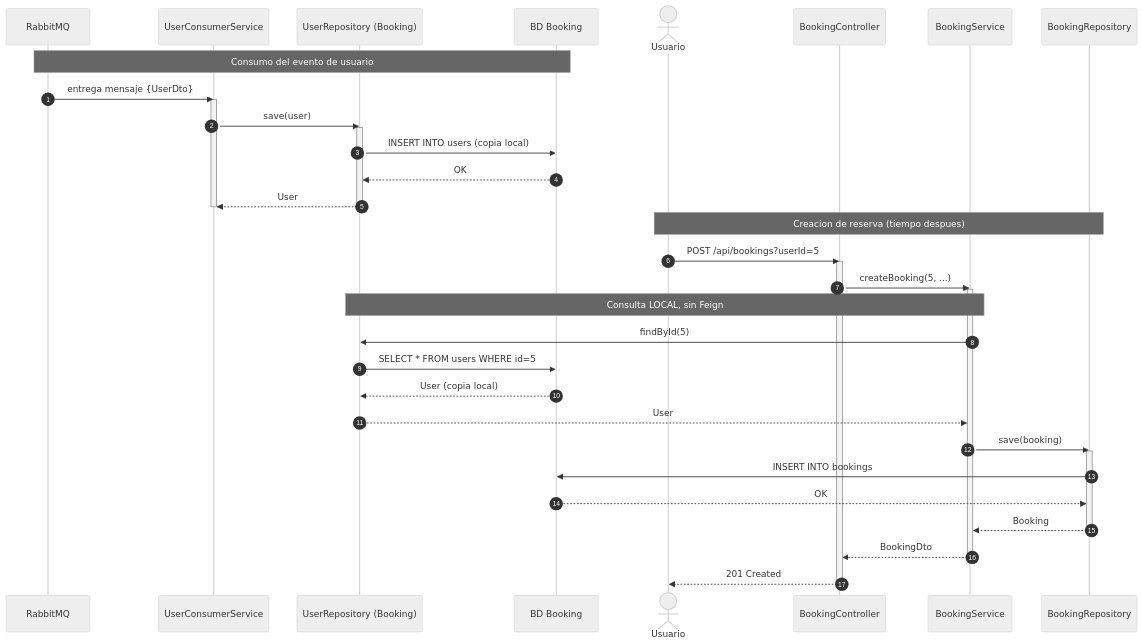
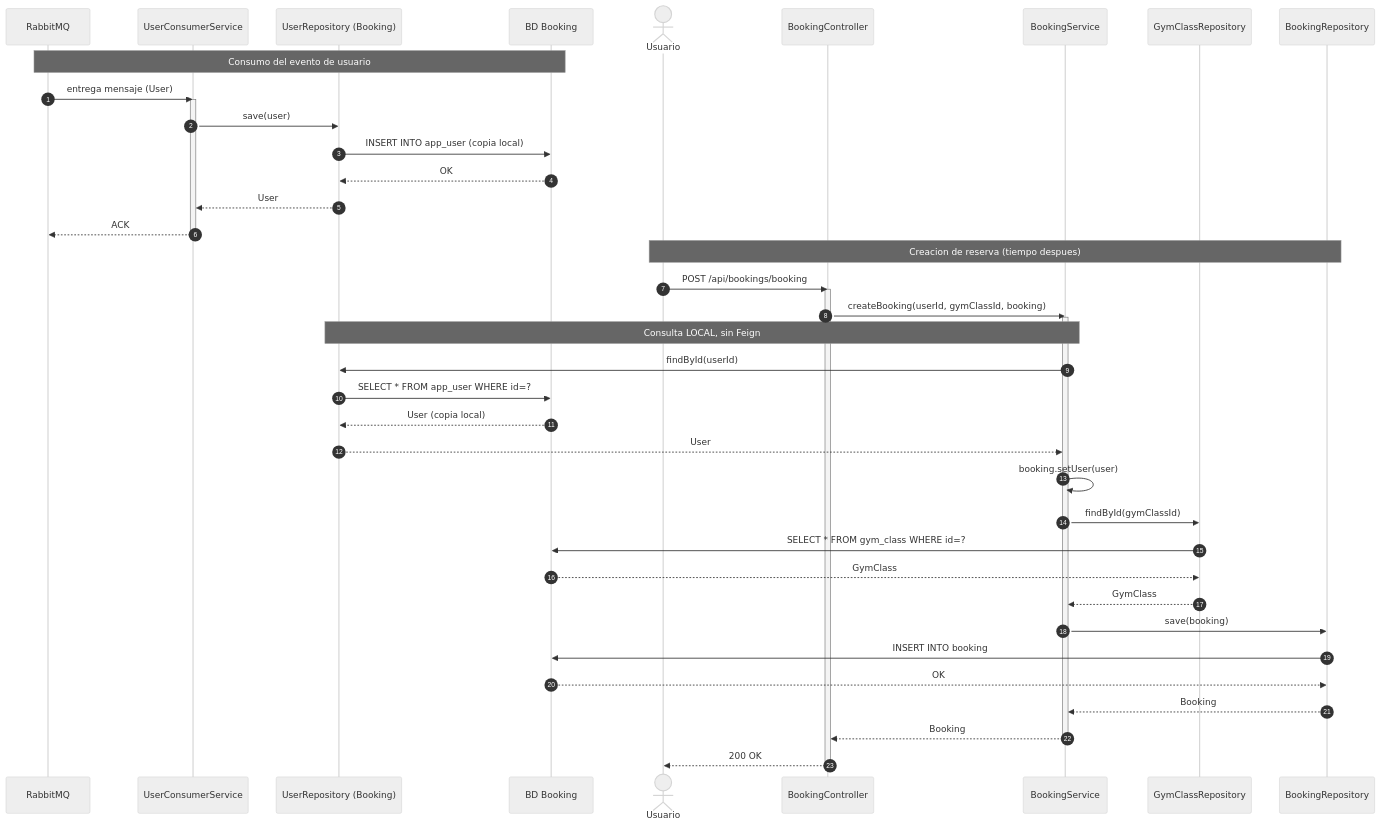
The eighth of 8 diagrams in BokingGymNewVersion/architecture.md (arielhurtado/springbootexamples), drawn with Mermaid (neutral theme) before and after one commit. The commit also changed other lines of this file, not shown here.

Commit message:
Update architecture complaint with the code

````diff
--- a/BokingGymNewVersion/architecture.md
+++ b/BokingGymNewVersion/architecture.md
@@ -459,47 +473,51 @@
 ```mermaid
 sequenceDiagram
     autonumber
     participant Q as RabbitMQ
     participant Cons as UserConsumerService
-    participant RepoLocal as UserRepository (Booking)
+    participant RepoUser as UserRepository (Booking)
     participant DB as BD Booking
     actor U as Usuario
     participant C as BookingController
     participant S as BookingService
+    participant GR as GymClassRepository
     participant BR as BookingRepository
 
     Note over Q,DB: Consumo del evento de usuario
-    Q->>Cons: entrega mensaje {UserDto}
+    Q->>Cons: entrega mensaje (User)
     activate Cons
-    Cons->>RepoLocal: save(user)
-    activate RepoLocal
-    RepoLocal->>DB: INSERT INTO users (copia local)
-    DB-->>RepoLocal: OK
-    RepoLocal-->>Cons: User
-    deactivate RepoLocal
+    Cons->>RepoUser: save(user)
+    RepoUser->>DB: INSERT INTO app_user (copia local)
+    DB-->>RepoUser: OK
+    RepoUser-->>Cons: User
+    Cons-->>Q: ACK
     deactivate Cons
 
     Note over U,BR: Creacion de reserva (tiempo despues)
-    U->>C: POST /api/bookings?userId=5
+    U->>C: POST /api/bookings/booking
     activate C
-    C->>S: createBooking(5, ...)
+    C->>S: createBooking(userId, gymClassId, booking)
     activate S
 
-    Note over S,RepoLocal: Consulta LOCAL, sin Feign
-    S->>RepoLocal: findById(5)
-    RepoLocal->>DB: SELECT * FROM users WHERE id=5
-    DB-->>RepoLocal: User (copia local)
-    RepoLocal-->>S: User
+    Note over S,RepoUser: Consulta LOCAL, sin Feign
+    S->>RepoUser: findById(userId)
+    RepoUser->>DB: SELECT * FROM app_user WHERE id=?
+    DB-->>RepoUser: User (copia local)
+    RepoUser-->>S: User
+
+    S->>S: booking.setUser(user)
+    S->>GR: findById(gymClassId)
+    GR->>DB: SELECT * FROM gym_class WHERE id=?
+    DB-->>GR: GymClass
+    GR-->>S: GymClass
 
     S->>BR: save(booking)
-    activate BR
-    BR->>DB: INSERT INTO bookings
+    BR->>DB: INSERT INTO booking
     DB-->>BR: OK
     BR-->>S: Booking
-    deactivate BR
 
-    S-->>C: BookingDto
+    S-->>C: Booking
     deactivate S
-    C-->>U: 201 Created
+    C-->>U: 200 OK
     deactivate C
 ```
````
